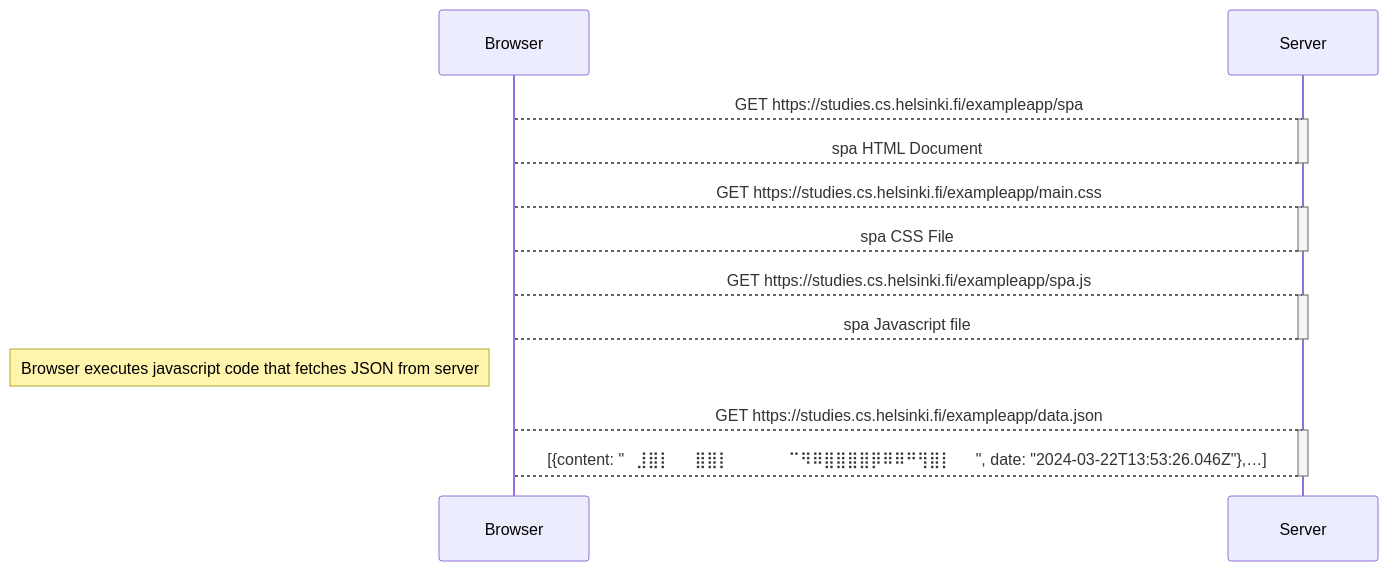
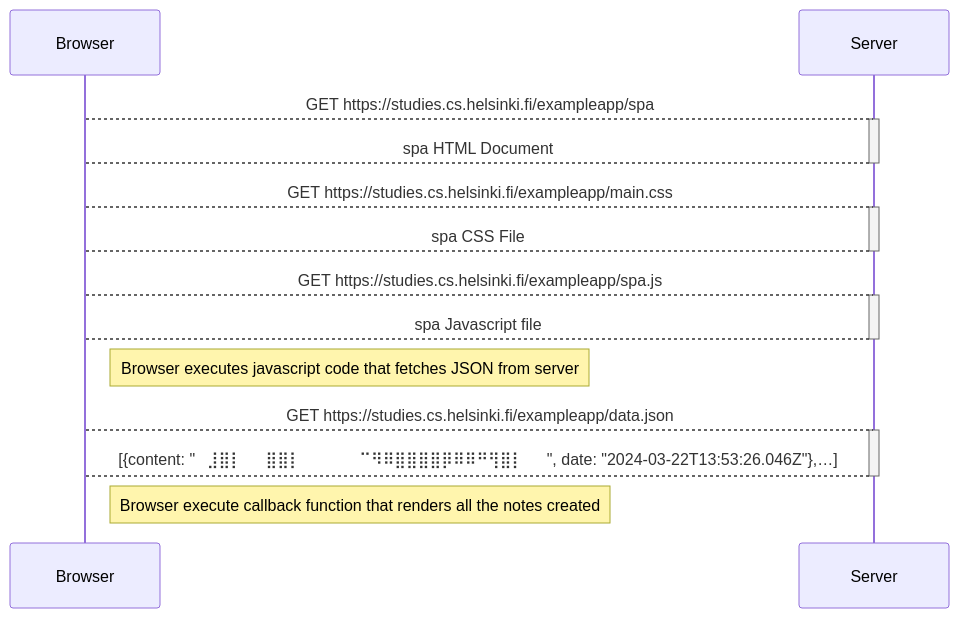
One commit to Mauriciamo/Helsinki-Fullstack changed the diagram in part 0/0.5_single_page_app.md. Above: the diagram before and after it, drawn with Mermaid.

````diff
--- a/part 0/0.5_single_page_app.md
+++ b/part 0/0.5_single_page_app.md
@@ -1,27 +1,29 @@
 ```mermaid
   sequenceDiagram
   participant Browser
   participant Server
 
   Browser --> Server: GET https://studies.cs.helsinki.fi/exampleapp/spa
   activate Server
   Server --> Browser: spa HTML Document
   deactivate Server
 
   Browser --> Server: GET https://studies.cs.helsinki.fi/exampleapp/main.css
   activate Server
   Server --> Browser: spa CSS File
   deactivate Server
 
   Browser --> Server: GET https://studies.cs.helsinki.fi/exampleapp/spa.js
   activate Server
   Server --> Browser: spa Javascript file
   deactivate Server
 
-  Note left of Browser: Browser executes javascript code that fetches JSON from server
+  Note right of Browser: Browser executes javascript code that fetches JSON from server
 
   Browser --> Server: GET https://studies.cs.helsinki.fi/exampleapp/data.json
   activate Server
   Server --> Browser: [{content: "⠀⣸⣿⡇⠀⠀⣿⣿⡇⠀⠀⠀⠀⠀⠉⠻⠿⣿⣿⣿⣿⡿⠿⠿⠛⢻⣿⡇⠀⠀", date: "2024-03-22T13:53:26.046Z"},…]
   deactivate Server
+
+  Note right of Browser: Browser execute callback function that renders all the notes created
 ```
````
